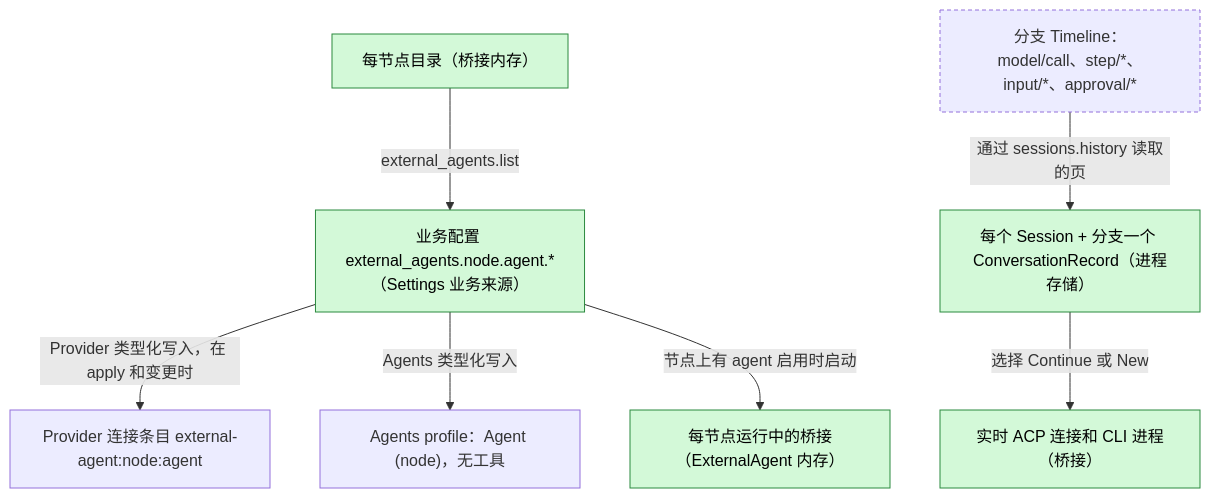
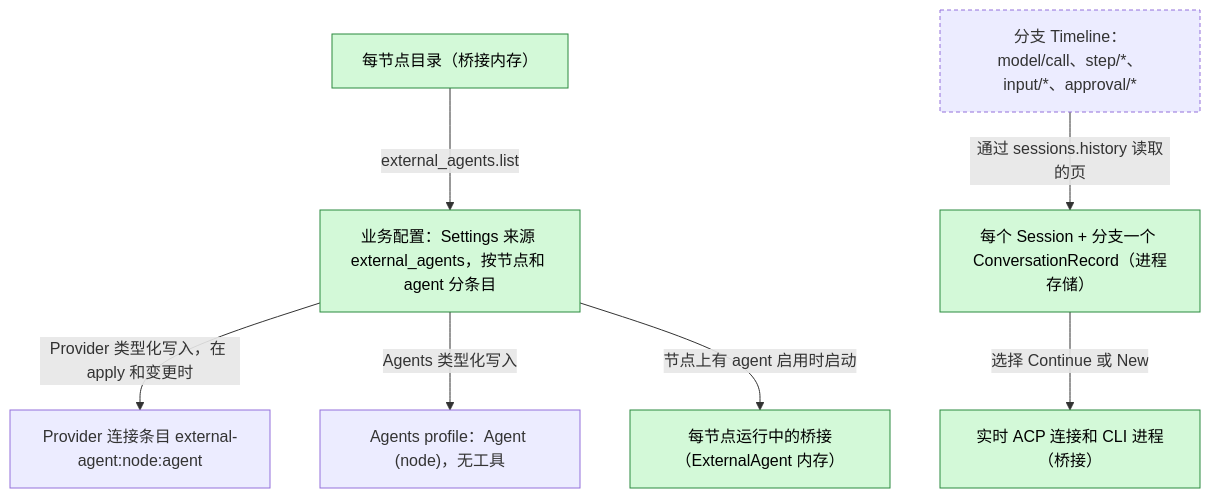
The second of 5 diagrams in docs/zh/design/plugins/ExternalAgent.md (CoutinhoTTS/dim-agent), drawn with Mermaid before and after one commit. The commit also changed other lines of this file and 27 other files, not shown here.

````diff
--- a/docs/zh/design/plugins/ExternalAgent.md
+++ b/docs/zh/design/plugins/ExternalAgent.md
@@ -56,19 +56,19 @@
 ```mermaid
 flowchart TB
   classDef new fill:#d3f9d8,stroke:#2b8a3e,color:#000
   classDef contract stroke-dasharray:4 3
-  Cfg["业务配置 external_agents.node.agent.*（Settings 业务来源）"]:::new
+  Cfg["业务配置：Settings 来源 external_agents，按节点和 agent 分条目"]:::new
   Br["每节点运行中的桥接（ExternalAgent 内存）"]:::new
   Conn["Provider 连接条目 external-agent:node:agent"]
   Prof["Agents profile：Agent (node)，无工具"]
   Rec["每个 Session + 分支一个 ConversationRecord（进程存储）"]:::new
   Cat["每节点目录（桥接内存）"]:::new
   Live["实时 ACP 连接和 CLI 进程（桥接）"]:::new
   TL["分支 Timeline：model/call、step/*、input/*、approval/*"]:::contract
   Cfg -->|"Provider 类型化写入，在 apply 和变更时"| Conn
   Cfg -->|"Agents 类型化写入"| Prof
   Cfg -->|"节点上有 agent 启用时启动"| Br
   TL -->|"通过 sessions.history 读取的页"| Rec
   Rec -->|"选择 Continue 或 New"| Live
   Cat -->|"external_agents.list"| Cfg
 ```
````
